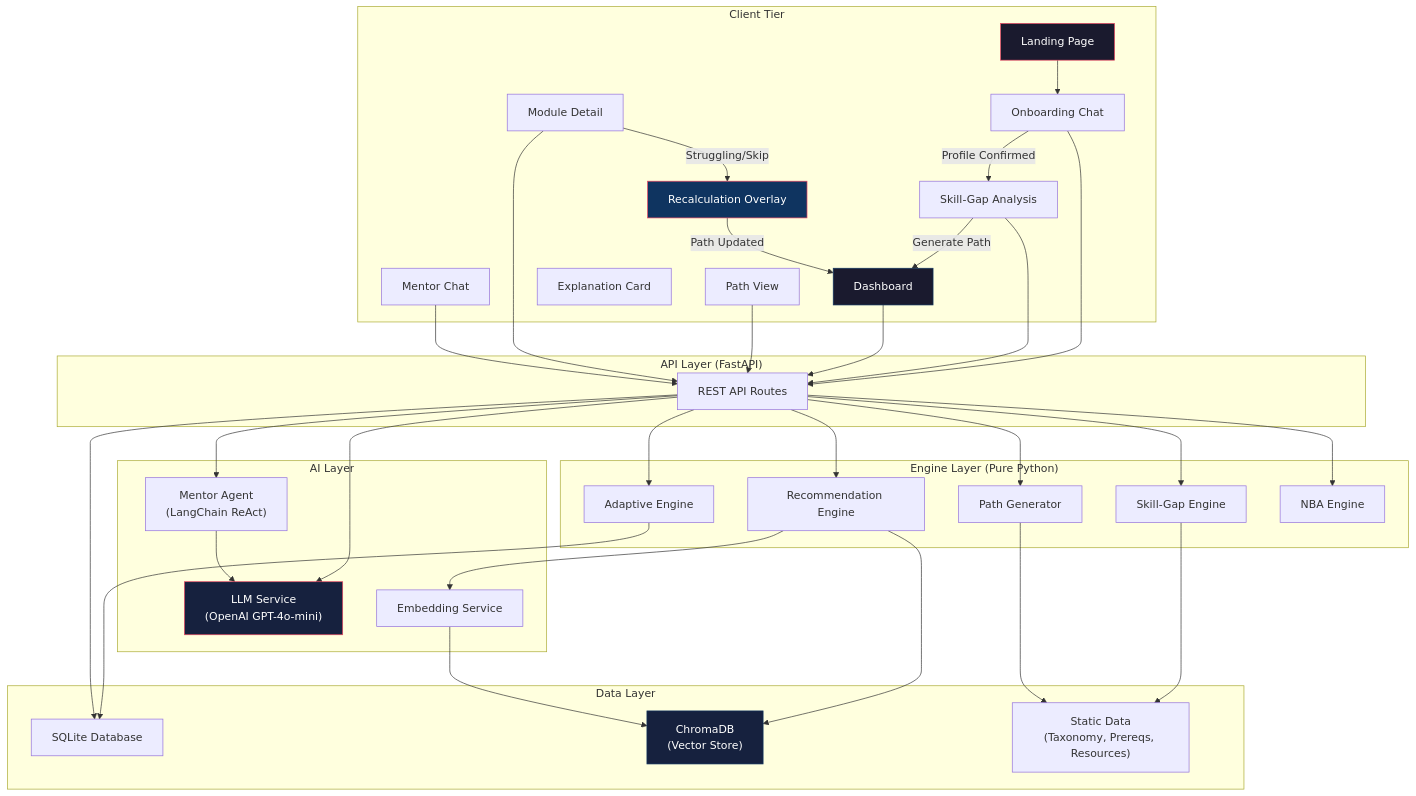
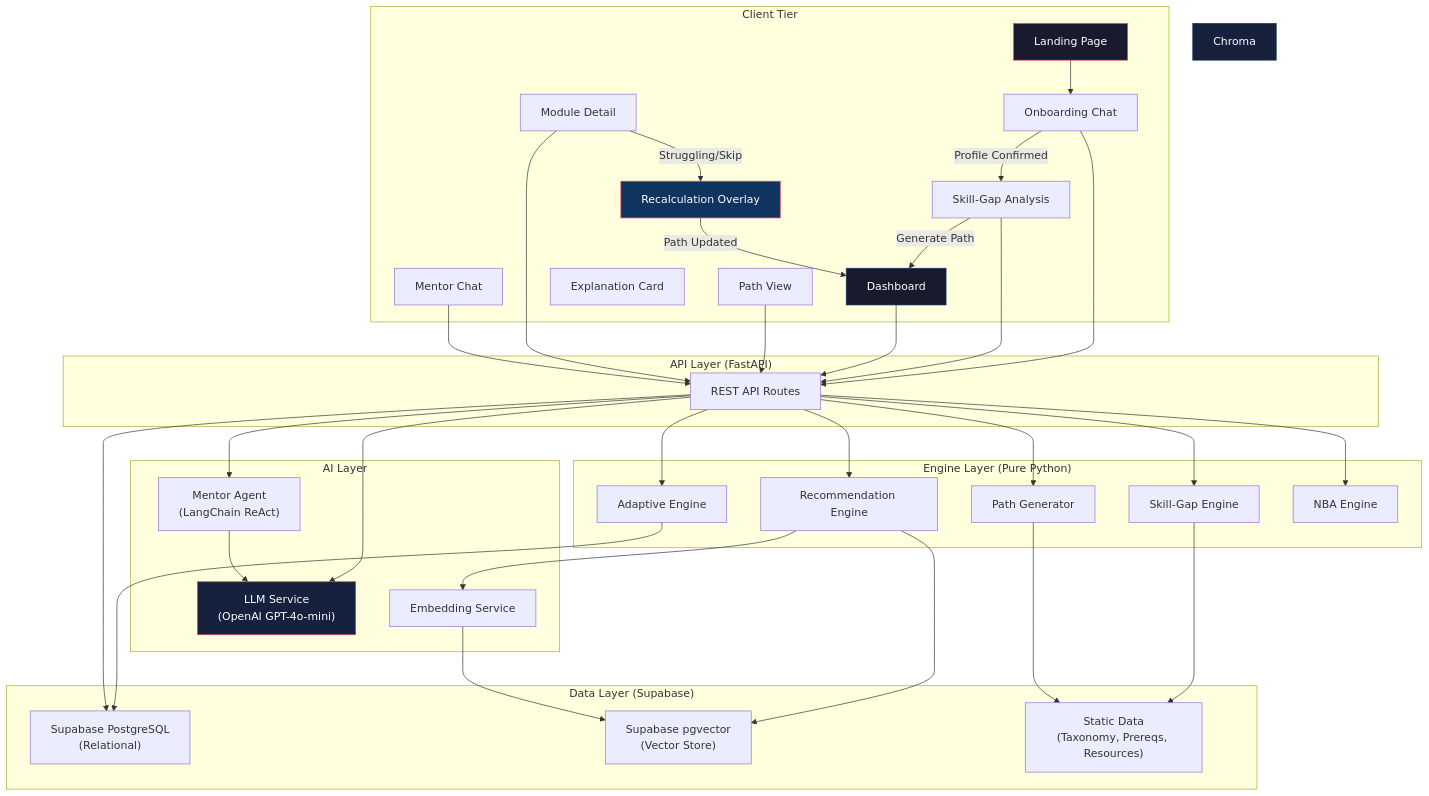
Before and after one commit to KeerthiYarashi/PathFinder: the diagram in md file/TechArch_PathFinder.md, drawn with Mermaid. The commit also changed other lines of this file and 7 other files, not shown here.

Commit message:
docs: Update architecture from SQLite/ChromaDB to Supabase/pgvector

````diff
--- a/md file/TechArch_PathFinder.md
+++ b/md file/TechArch_PathFinder.md
@@ -1214,76 +1211,76 @@
 ```mermaid
 graph TB
     subgraph "Client Tier"
         LP["Landing Page"]
         OC["Onboarding Chat"]
         SGA["Skill-Gap Analysis"]
         DB["Dashboard"]
         PV["Path View"]
         MD["Module Detail"]
         EC["Explanation Card"]
         MC["Mentor Chat"]
         RO["Recalculation Overlay"]
     end
 
     subgraph "API Layer (FastAPI)"
         API["REST API Routes"]
     end
 
     subgraph "Engine Layer (Pure Python)"
         SGE["Skill-Gap Engine"]
         RE["Recommendation Engine"]
         PGE["Path Generator"]
         AE["Adaptive Engine"]
         NBA["NBA Engine"]
     end
 
     subgraph "AI Layer"
         LLM["LLM Service<br/>(OpenAI GPT-4o-mini)"]
         EMB["Embedding Service"]
         MA["Mentor Agent<br/>(LangChain ReAct)"]
     end
 
-    subgraph "Data Layer"
-        SQLite["SQLite Database"]
-        Chroma["ChromaDB<br/>(Vector Store)"]
+    subgraph "Data Layer (Supabase)"
+        Postgres["Supabase PostgreSQL<br/>(Relational)"]
+        pgvector["Supabase pgvector<br/>(Vector Store)"]
         JSON["Static Data<br/>(Taxonomy, Prereqs, Resources)"]
     end
 
     LP --> OC
     OC --> API
     SGA --> API
     DB --> API
     PV --> API
     MD --> API
     MC --> API
 
     API --> SGE
     API --> RE
     API --> PGE
     API --> AE
     API --> NBA
     API --> MA
 
     SGE --> JSON
     RE --> EMB
-    RE --> Chroma
+    RE --> pgvector
     PGE --> JSON
-    AE --> SQLite
+    AE --> Postgres
 
     API --> LLM
     MA --> LLM
-    EMB --> Chroma
+    EMB --> pgvector
 
-    API --> SQLite
+    API --> Postgres
 
     OC -->|"Profile Confirmed"| SGA
     SGA -->|"Generate Path"| DB
     MD -->|"Struggling/Skip"| RO
     RO -->|"Path Updated"| DB
 
     style LP fill:#1a1a2e,stroke:#e94560,color:#fff
     style DB fill:#1a1a2e,stroke:#0f3460,color:#fff
     style LLM fill:#16213e,stroke:#e94560,color:#fff
     style Chroma fill:#16213e,stroke:#0f3460,color:#fff
     style RO fill:#0f3460,stroke:#e94560,color:#fff
 ```
````
